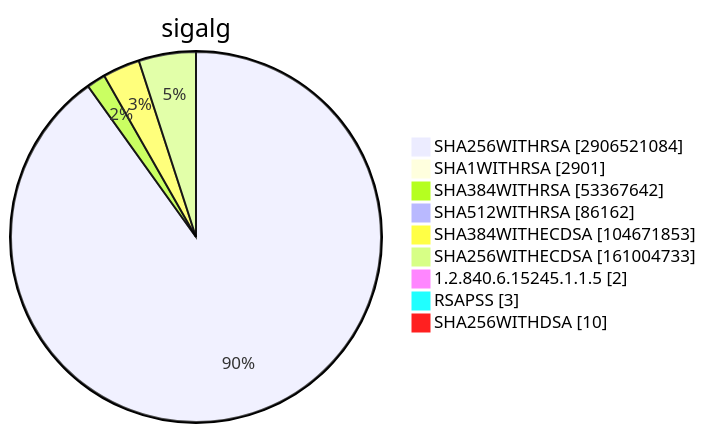
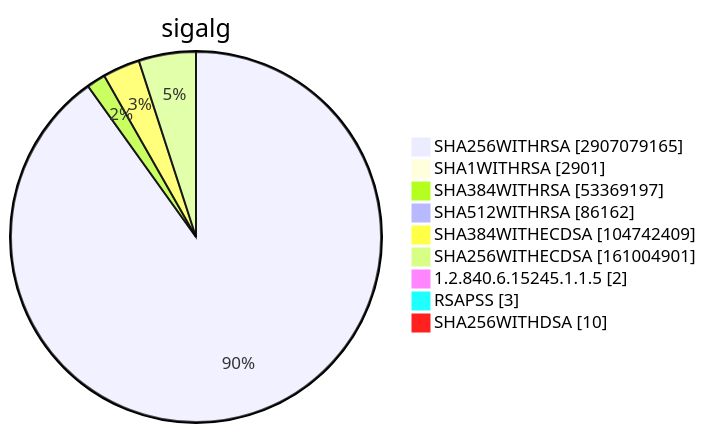
One commit to christiankrug/ctmonitor_visualization changed diagram 15 of 15 in TOTAL/README.md. Above: the diagram before and after it, drawn with Mermaid. The commit also changed other lines of this file, not shown here.

````diff
--- a/TOTAL/README.md
+++ b/TOTAL/README.md
@@ -6207,13 +6207,13 @@
 ```mermaid
 pie showData
 title sigalg
-"SHA256WITHRSA" :2906521084
+"SHA256WITHRSA" :2907079165
 "SHA1WITHRSA" :2901
-"SHA384WITHRSA" :53367642
+"SHA384WITHRSA" :53369197
 "SHA512WITHRSA" :86162
-"SHA384WITHECDSA" :104671853
-"SHA256WITHECDSA" :161004733
+"SHA384WITHECDSA" :104742409
+"SHA256WITHECDSA" :161004901
 "1.2.840.6.15245.1.1.5" :2
 "RSAPSS" :3
 "SHA256WITHDSA" :10
 ```
````
